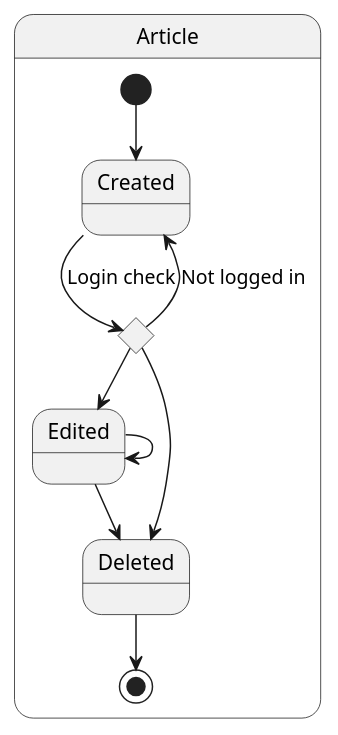
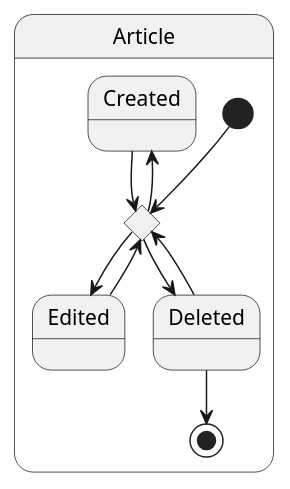
Before and after one commit to software-strijders/billy: the diagram in documentation/uml/state/article/article.plantuml, drawn with PlantUML. The commit also changed 1 other file, not shown here.

```diff
--- a/documentation/uml/state/article/article.plantuml
+++ b/documentation/uml/state/article/article.plantuml
@@ -1,23 +1,21 @@
 @startuml Article
 
 state Article {
   state "Created" as C
   state "Edited" as E 
   state "Deleted" as D
   state loggedIn <<choice>>
-
-  [*] --> C
-
-  C --> loggedIn : Login check
-  loggedIn --> C : Not logged in
   
+  [*] --> loggedIn
+  C --> loggedIn
+  E --> loggedIn
+  
+  loggedIn --> C
+  loggedIn --> D
   loggedIn --> E
-  loggedIn --> D
   
-  E --> E
-  E --> D
-  
+  D --> loggedIn
   D --> [*]
 }
 
 @enduml
```
